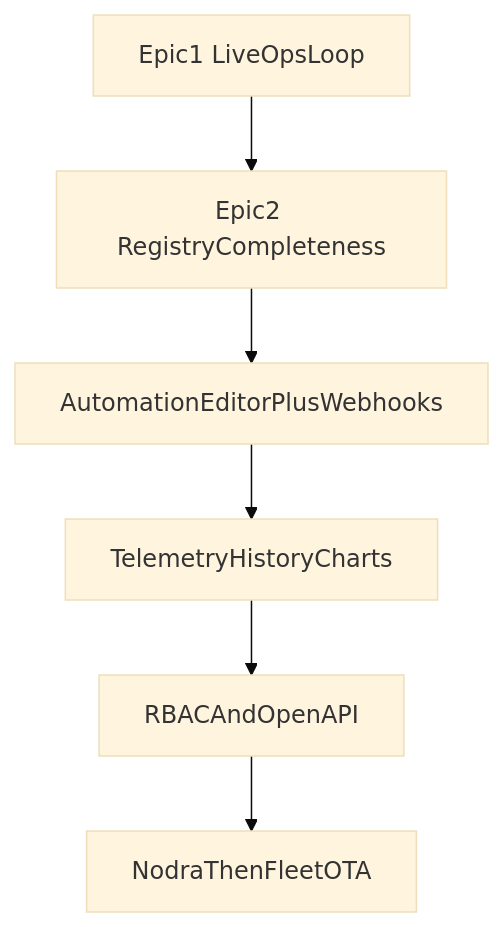
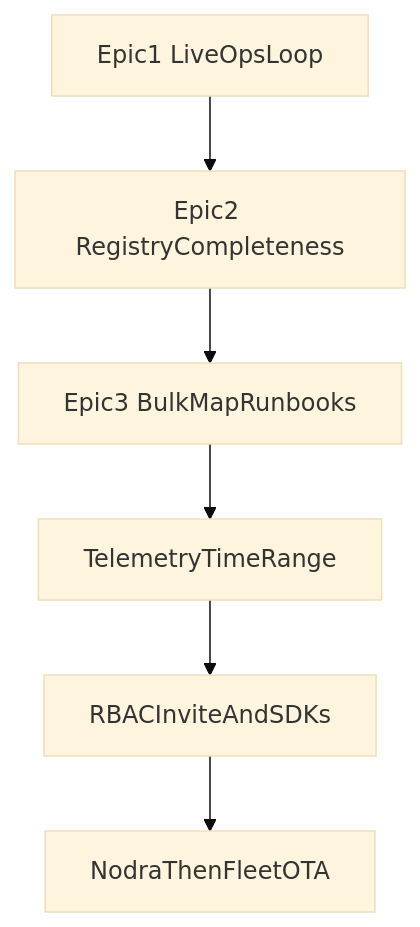
The diagram in docs/ROADMAP.md (zyvorai/yard), drawn with Mermaid (base theme) before and after one commit. The commit also changed other lines of this file and 45 other files, not shown here.

First line of the commit message:
Ship bulk asset IO, map clustering, severity runbooks, and Netra-style docs.

````diff
--- a/docs/ROADMAP.md
+++ b/docs/ROADMAP.md
@@ -35,8 +40,8 @@
 ```mermaid
 flowchart TD
   E1[Epic1 LiveOpsLoop] --> E2[Epic2 RegistryCompleteness]
-  E2 --> E3[AutomationEditorPlusWebhooks]
-  E3 --> E4[TelemetryHistoryCharts]
-  E4 --> E5[RBACAndOpenAPI]
+  E2 --> E3[Epic3 BulkMapRunbooks]
+  E3 --> E4[TelemetryTimeRange]
+  E4 --> E5[RBACInviteAndSDKs]
   E5 --> E6[NodraThenFleetOTA]
 ```
````
